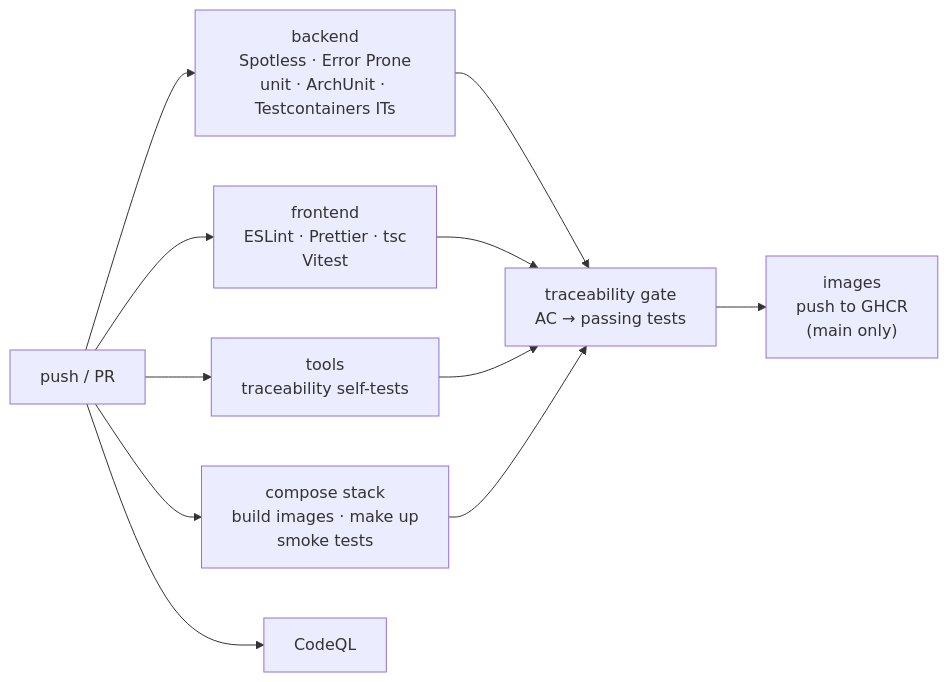
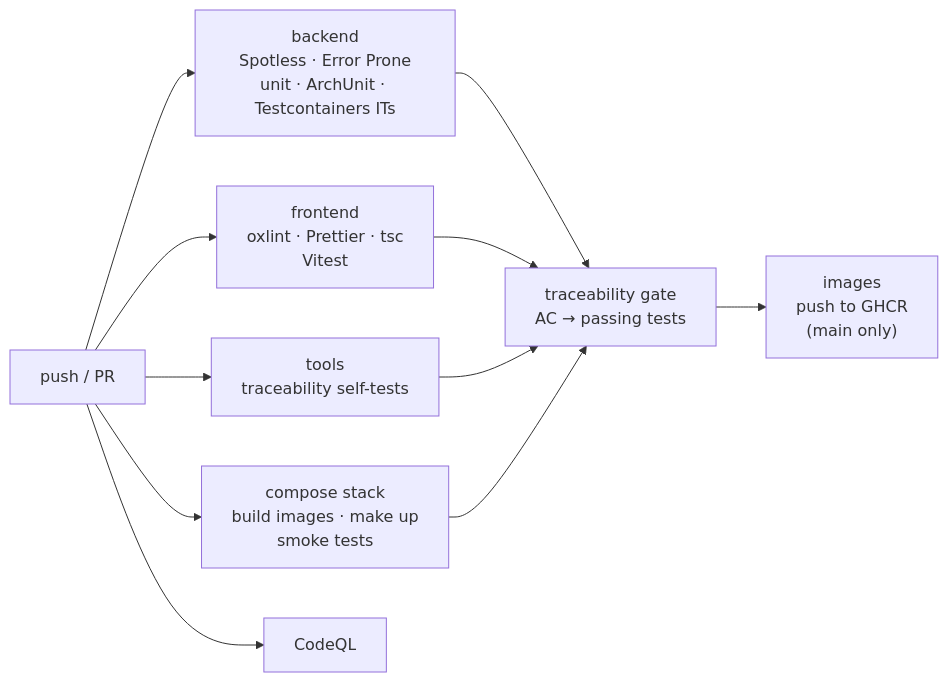
The fifth of 5 diagrams in docs/architecture.md (AnaRocabado/Plainledger), drawn with Mermaid before and after one commit. The commit also changed 21 other files, not shown here.

````diff
--- a/docs/architecture.md
+++ b/docs/architecture.md
@@ -126,10 +126,10 @@
 ```mermaid
 flowchart LR
     pr["push / PR"] --> be["backend<br/>Spotless · Error Prone<br/>unit · ArchUnit · Testcontainers ITs"]
-    pr --> fe["frontend<br/>ESLint · Prettier · tsc<br/>Vitest"]
+    pr --> fe["frontend<br/>oxlint · Prettier · tsc<br/>Vitest"]
     pr --> tools["tools<br/>traceability self-tests"]
     pr --> stack["compose stack<br/>build images · make up<br/>smoke tests"]
     be & fe & tools & stack --> trace["traceability gate<br/>AC → passing tests"]
     pr --> codeql["CodeQL"]
     trace --> images["images<br/>push to GHCR<br/>(main only)"]
 ```
````
